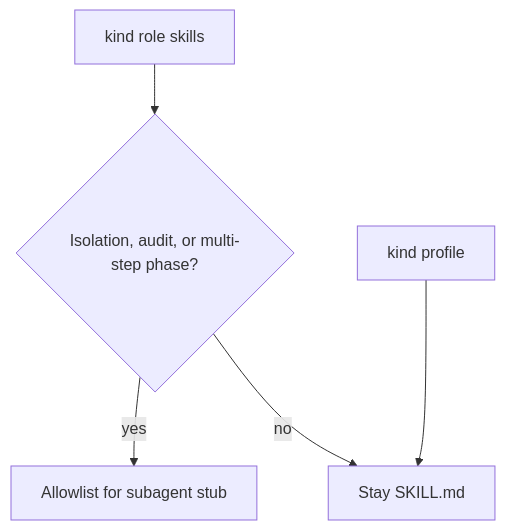
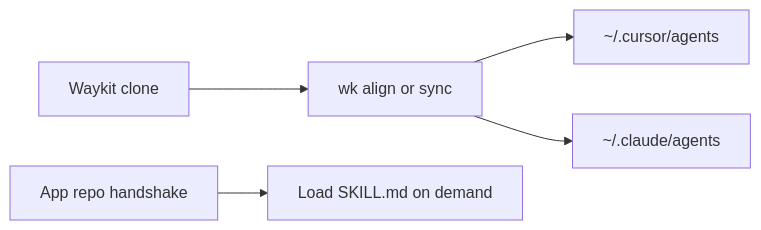
Before and after one commit to mzworthington/agent-lifecycle-kit: the diagram in docs/subagents.md, drawn with Mermaid. The commit also changed other lines of this file and 24 other files, not shown here.

First line of the commit message:
feat(cli): install kit subagents for Cursor and Claude (MZW-61)

````diff
--- a/docs/subagents.md
+++ b/docs/subagents.md
@@ -7,8 +9,7 @@
 ```mermaid
-flowchart TB
-  roles[kind role skills]
-  roles --> yes{Isolation, audit, or multi-step phase?}
-  yes -->|yes| agent[Allowlist for subagent stub]
-  yes -->|no| skill[Stay SKILL.md]
-  profiles[kind profile] --> skill
+flowchart LR
+  kit[Waykit clone] --> wk[wk align or sync]
+  wk --> cu["~/.cursor/agents"]
+  wk --> cl["~/.claude/agents"]
+  app[App repo handshake] --> skills[Load SKILL.md on demand]
 ```
````
